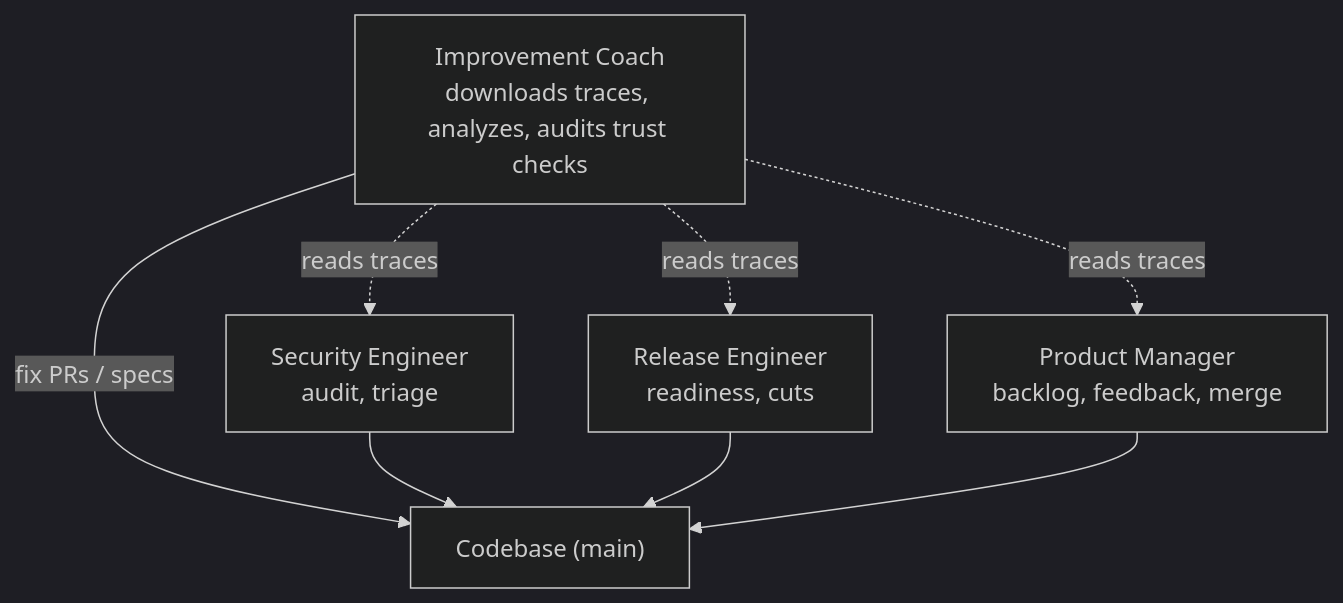
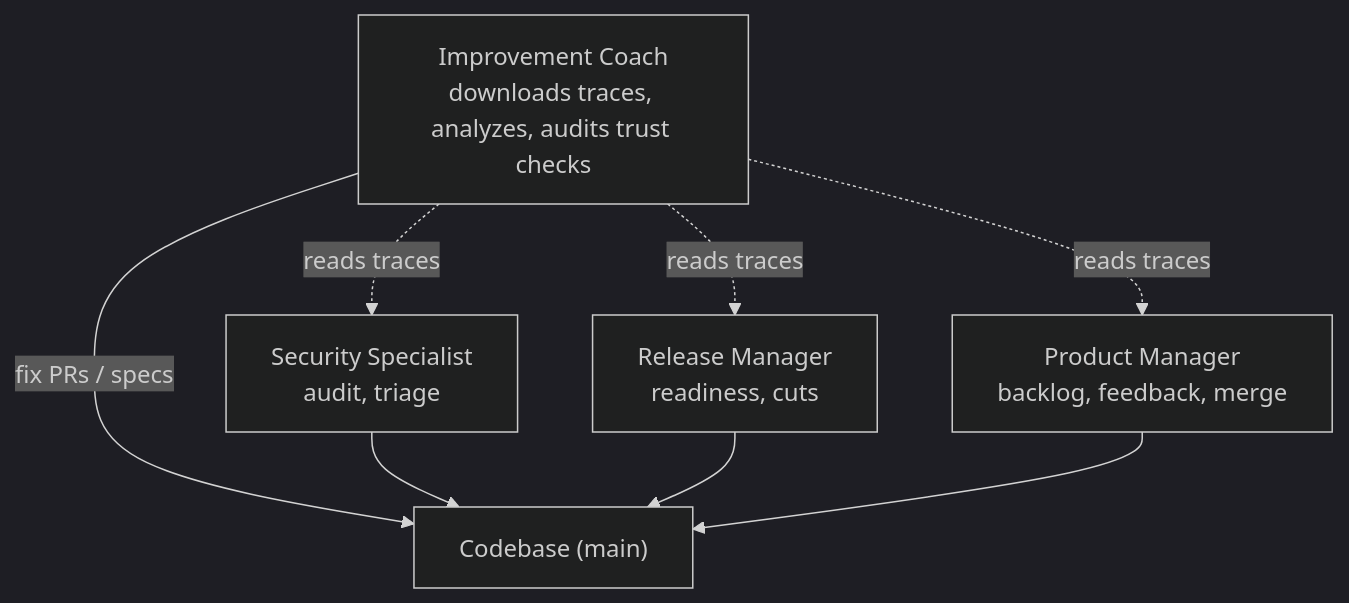
Before and after one commit to forwardimpact/monorepo: the second of 3 diagrams in CONTINUOUS_IMPROVEMENT.md, drawn with Mermaid (dark theme). The commit also changed other lines of this file and 38 other files, not shown here.

````diff
--- a/CONTINUOUS_IMPROVEMENT.md
+++ b/CONTINUOUS_IMPROVEMENT.md
@@ -89,16 +89,16 @@
 ```mermaid
 graph TD
     IC["Improvement Coach<br/>downloads traces, analyzes, audits trust checks"]
-    SE["Security Engineer<br/>audit, triage"]
-    RE["Release Engineer<br/>readiness, cuts"]
+    SE["Security Specialist<br/>audit, triage"]
+    RE["Release Manager<br/>readiness, cuts"]
     PM["Product Manager<br/>backlog, feedback, merge"]
     CB["Codebase (main)"]
 
     IC -- "fix PRs / specs" --> CB
     IC -. "reads traces" .-> SE
     IC -. "reads traces" .-> RE
     IC -. "reads traces" .-> PM
     SE --> CB
     RE --> CB
     PM --> CB
 ```
````
